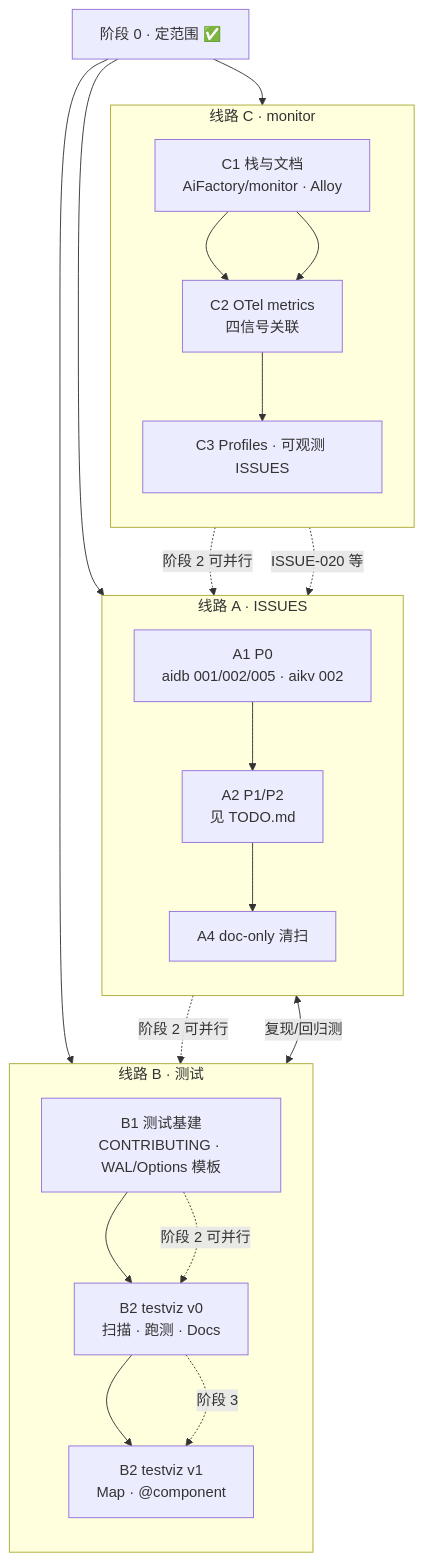
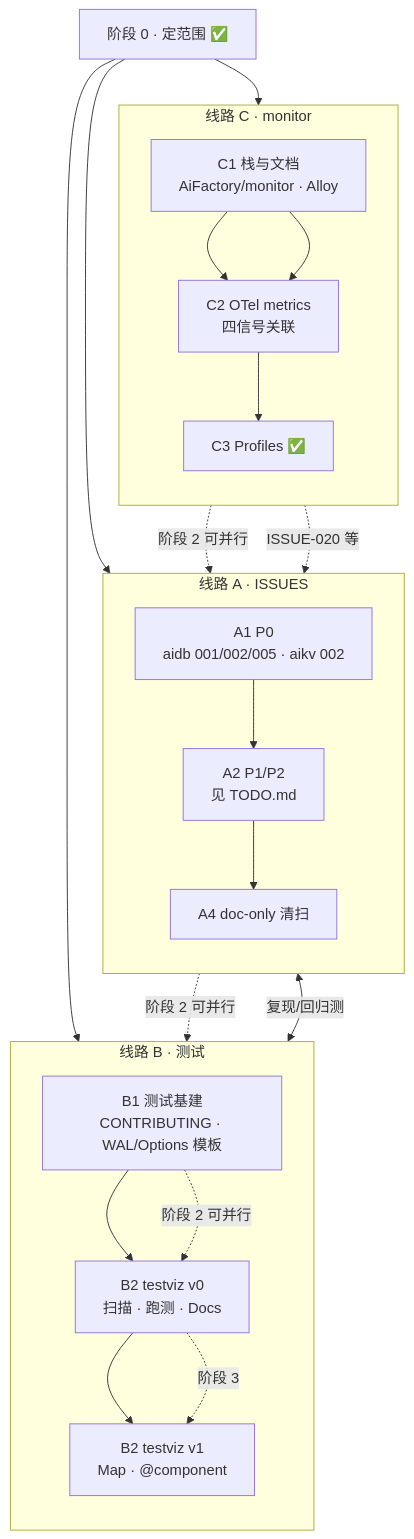
Before and after one commit to GO-Zheng/AiKv-Workflow: the first of 2 diagrams in backup/PLAN-dev.md, drawn with Mermaid. The commit also changed other lines of this file, not shown here.

````diff
--- a/backup/PLAN-dev.md
+++ b/backup/PLAN-dev.md
@@ -48,40 +48,40 @@
 ```mermaid
 flowchart TB
   P0["阶段 0 · 定范围 ✅"]
 
   subgraph laneB ["线路 B · 测试"]
     direction TB
     B1["B1 测试基建<br/>CONTRIBUTING · WAL/Options 模板"]
     B2v0["B2 testviz v0<br/>扫描 · 跑测 · Docs"]
     B2v1["B2 testviz v1<br/>Map · @component"]
     B1 --> B2v0 --> B2v1
   end
 
   subgraph laneA ["线路 A · ISSUES"]
     direction TB
     A1["A1 P0<br/>aidb 001/002/005 · aikv 002"]
     A2["A2 P1/P2<br/>见 TODO.md"]
     A4["A4 doc-only 清扫"]
     A1 --> A2 --> A4
   end
 
   subgraph laneC ["线路 C · monitor"]
     direction TB
     C1["C1 栈与文档<br/>AiFactory/monitor · Alloy"]
     C2["C2 OTel metrics<br/>四信号关联"]
-    C3["C3 Profiles · 可观测 ISSUES"]
+    C3["C3 Profiles ✅"]
     C1 --> C2 --> C3
   end
 
   P0 --> B1
   P0 --> A1
   P0 --> C1
 
   B1 <-->|复现/回归测| A1
   B1 -.->|阶段 2 可并行| B2v0
   A2 -.->|阶段 2 可并行| B2v0
   C1 -.->|阶段 2 可并行| A2
   C2 -.->|ISSUE-020 等| A2
   B2v0 -.->|阶段 3| B2v1
   C1 --> C2
 ```
````
